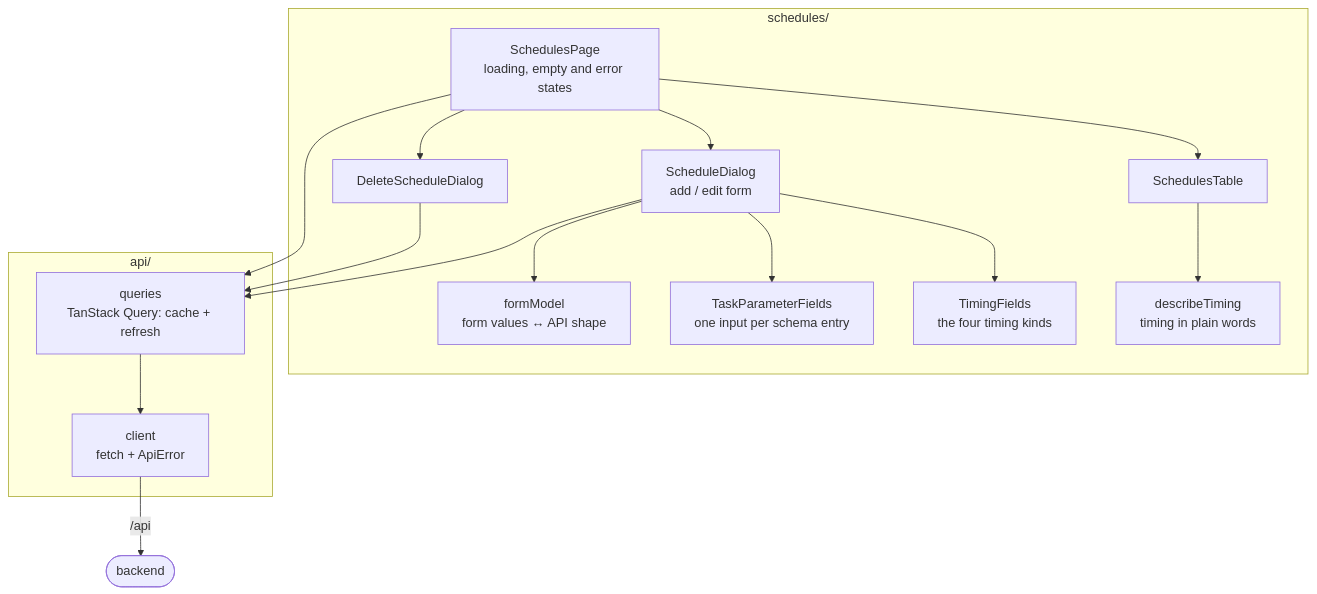
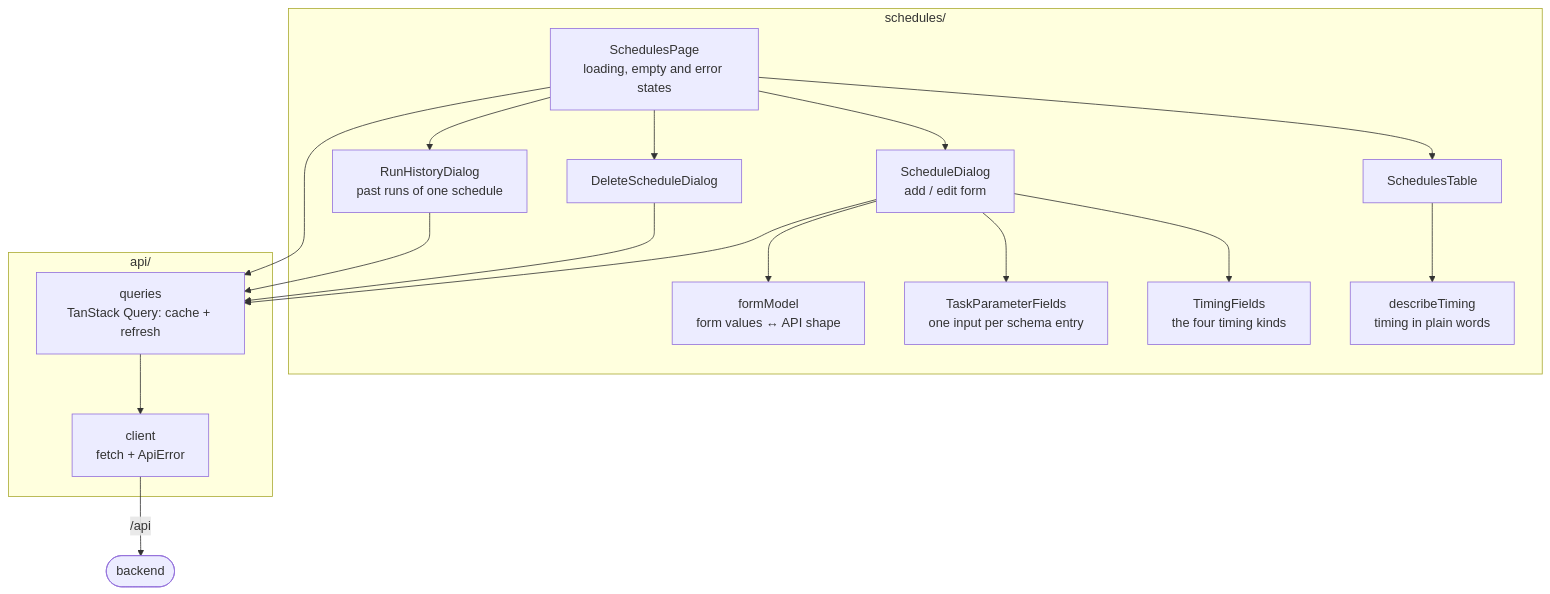
One commit to yuvalzel1/scheduling-system changed diagram 12 of 12 in DESIGN.md. Above: the diagram before and after it, drawn with Mermaid. The commit also changed other lines of this file and 39 other files, not shown here.

First line of the commit message:
Add run history; tighten architecture and database rules; fix review findings

````diff
--- a/DESIGN.md
+++ b/DESIGN.md
@@ -595,31 +711,34 @@
 ```mermaid
 flowchart TB
     subgraph page["schedules/"]
         sp["SchedulesPage<br/>loading, empty and error states"]
         st["SchedulesTable"]
         sd["ScheduleDialog<br/>add / edit form"]
         tfd["TimingFields<br/>the four timing kinds"]
         tpf["TaskParameterFields<br/>one input per schema entry"]
         dd["DeleteScheduleDialog"]
+        rh["RunHistoryDialog<br/>past runs of one schedule"]
         fm["formModel<br/>form values ↔ API shape"]
         dt["describeTiming<br/>timing in plain words"]
     end
 
     subgraph api["api/"]
         q["queries<br/>TanStack Query: cache + refresh"]
         cl["client<br/>fetch + ApiError"]
     end
 
     sp --> st
     sp --> sd
     sp --> dd
+    sp --> rh
     sd --> tfd
     sd --> tpf
     sd --> fm
     st --> dt
     sp --> q
     sd --> q
     dd --> q
+    rh --> q
     q --> cl
     cl -- "/api" --> be(["backend"])
 ```
````
